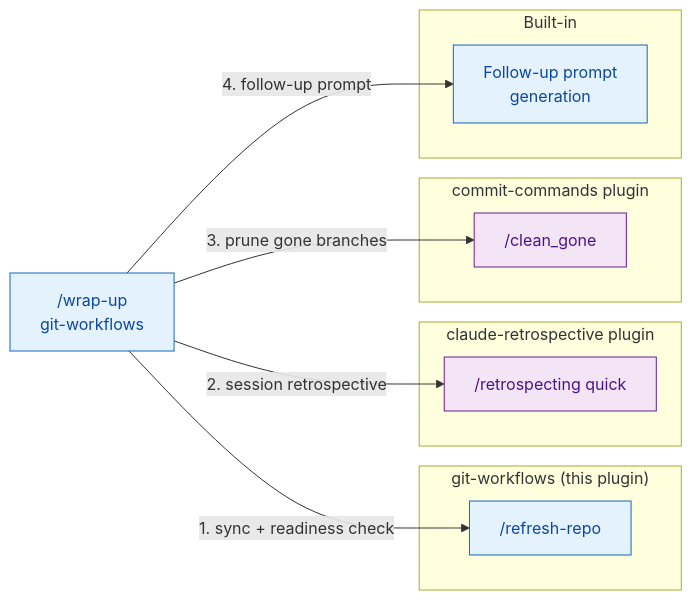
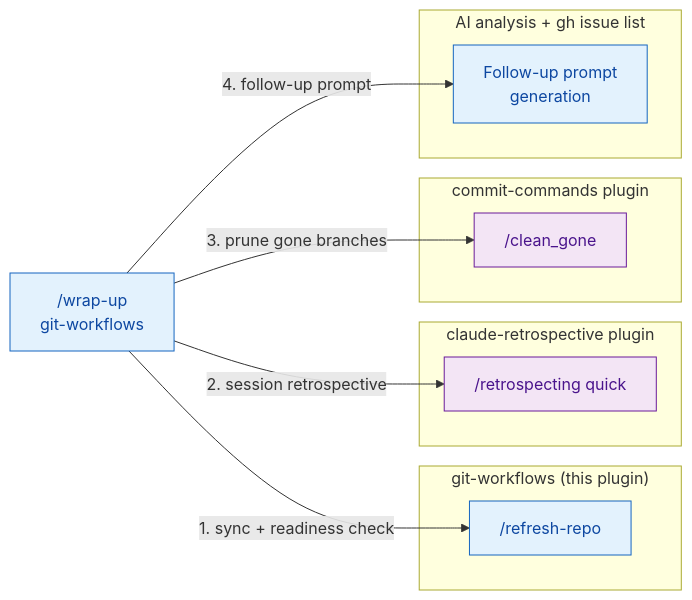
The second of 4 diagrams in git-workflows/ARCHITECTURE.md (JacobPEvans/claude-code-plugins), drawn with Mermaid before and after one commit. The commit also changed 1 other file, not shown here.

Commit message:
fix(wrap-up): address review thread feedback
- Use 'gh issue list --state open' for duplicate detection instead of
  general search instruction
- Rename label from 'Before creating' to 'Before recommending' new issues
- Remove refresh-repo from Related Skills (it's a component, not a peer)
- Clarify ARCHITECTURE.md subgraph label: step uses gh issue list

(claude)

````diff
--- a/git-workflows/ARCHITECTURE.md
+++ b/git-workflows/ARCHITECTURE.md
@@ -57,28 +57,28 @@
 ```mermaid
 flowchart LR
     classDef ai fill:#e3f2fd,stroke:#1565c0,color:#0d47a1
     classDef external fill:#f3e5f5,stroke:#6a1b9a,color:#4a148c
 
     wrap_up["/wrap-up\ngit-workflows"]:::ai
 
     subgraph local["git-workflows (this plugin)"]
         refresh_repo["/refresh-repo"]:::ai
     end
 
     subgraph retro["claude-retrospective plugin"]
         retrospecting["/retrospecting quick"]:::external
     end
 
     subgraph commits["commit-commands plugin"]
         clean_gone["/clean_gone"]:::external
     end
 
-    subgraph builtin["Built-in"]
+    subgraph builtin["AI analysis + gh issue list"]
         follow_up["Follow-up prompt\ngeneration"]:::ai
     end
 
     wrap_up -->|"1. sync + readiness check"| refresh_repo
     wrap_up -->|"2. session retrospective"| retrospecting
     wrap_up -->|"3. prune gone branches"| clean_gone
     wrap_up -->|"4. follow-up prompt"| follow_up
 ```
````
